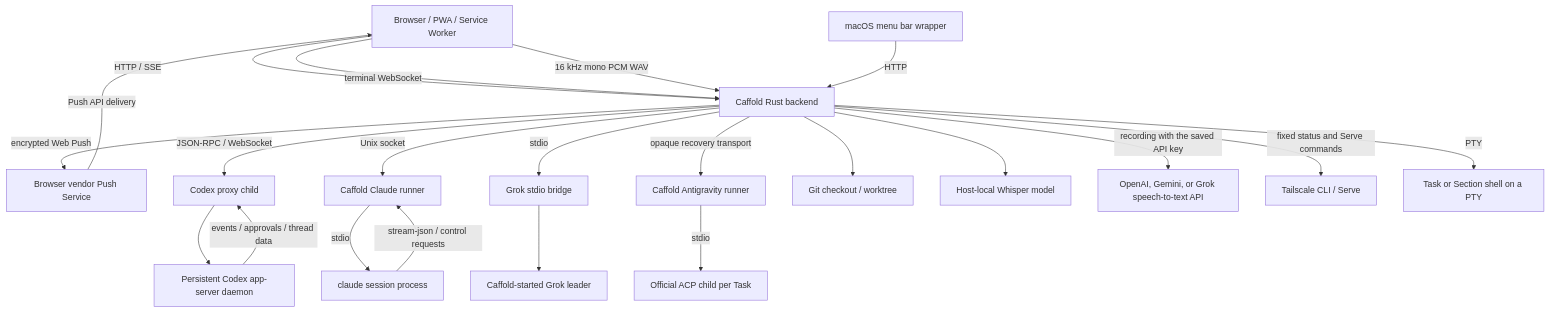
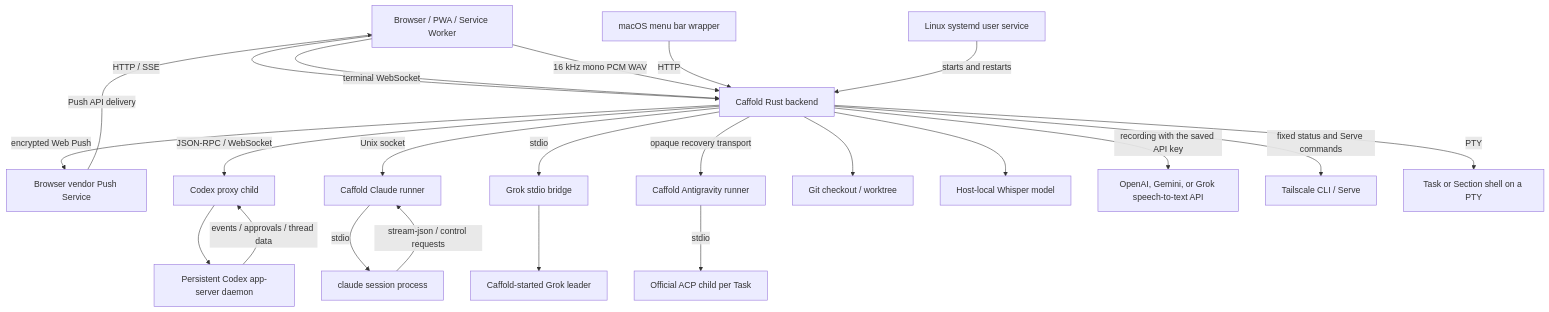
One commit to panarch/caffold changed the diagram in docs/architecture/overview.md. Above: the diagram before and after it, drawn with Mermaid. The commit also changed other lines of this file and 92 other files, not shown here.

````diff
--- a/docs/architecture/overview.md
+++ b/docs/architecture/overview.md
@@ -10,42 +10,44 @@
 ```mermaid
 flowchart TD
     PWA["Browser / PWA / Service Worker"]
     MacWrapper["macOS menu bar wrapper"]
+    LinuxService["Linux systemd user service"]
     Backend["Caffold Rust backend"]
     PushService["Browser vendor Push Service"]
     Proxy["Codex proxy child"]
     AppServer["Persistent Codex app-server daemon"]
     Runner["Caffold Claude runner"]
     ClaudeSession["claude session process"]
     GrokBridge["Grok stdio bridge"]
     GrokLeader["Caffold-started Grok leader"]
     AgRunner["Caffold Antigravity runner"]
     AgSession["Official ACP child per Task"]
     Git["Git checkout / worktree"]
     Whisper["Host-local Whisper model"]
     SpeechApi["OpenAI, Gemini, or Grok speech-to-text API"]
     Tailscale["Tailscale CLI / Serve"]
     Shell["Task or Section shell on a PTY"]
 
     PWA -->|"HTTP / SSE"| Backend
     PWA -->|"terminal WebSocket"| Backend
     PWA -->|"16 kHz mono PCM WAV"| Backend
     MacWrapper -->|"HTTP"| Backend
+    LinuxService -->|"starts and restarts"| Backend
     Backend -->|"JSON-RPC / WebSocket"| Proxy
     Proxy --> AppServer
     Backend -->|"Unix socket"| Runner
     Runner -->|"stdio"| ClaudeSession
     Backend -->|"stdio"| GrokBridge
     GrokBridge --> GrokLeader
     Backend -->|"opaque recovery transport"| AgRunner
     AgRunner -->|"stdio"| AgSession
     Backend --> Git
     Backend -->|"PTY"| Shell
     Backend --> Whisper
     Backend -->|"recording with the saved API key"| SpeechApi
     Backend -->|"fixed status and Serve commands"| Tailscale
     Backend -->|"encrypted Web Push"| PushService
     PushService -->|"Push API delivery"| PWA
     AppServer -->|"events / approvals / thread data"| Proxy
     ClaudeSession -->|"stream-json / control requests"| Runner
 ```
````
